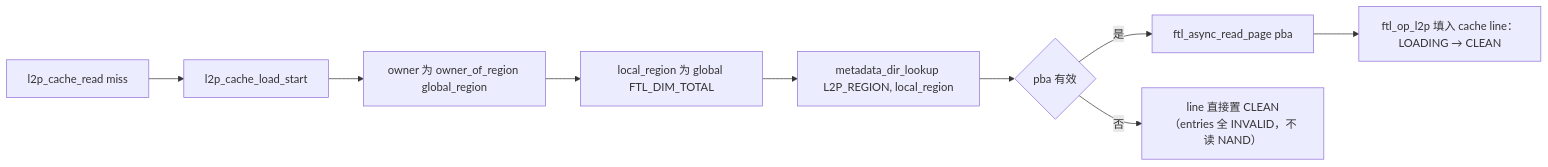
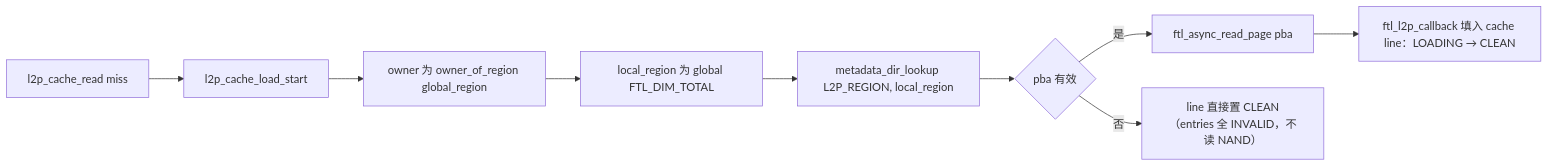
Before and after one commit to YzYMIAO/BASESSD: the tenth of 32 diagrams in docs/design/ftl_design.md, drawn with Mermaid. The commit also changed other lines of this file and 46 other files, not shown here.

First line of the commit message:
refactor(ftl): 异步 job 统一为 handle，完成服务统一为 callback

````diff
--- a/docs/design/ftl_design.md
+++ b/docs/design/ftl_design.md
@@ -1705,11 +1705,11 @@
 ```mermaid
 flowchart LR
     A["l2p_cache_read miss"] --> B["l2p_cache_load_start"]
     B --> C["owner 为 owner_of_region global_region"]
     C --> D["local_region 为 global FTL_DIM_TOTAL"]
     D --> E["metadata_dir_lookup L2P_REGION, local_region"]
     E --> F{"pba 有效"}
     F -- "是" --> G["ftl_async_read_page pba"]
-    G --> I["ftl_op_l2p 填入 cache line：LOADING → CLEAN"]
+    G --> I["ftl_l2p_callback 填入 cache line：LOADING → CLEAN"]
     F -- "否" --> H["line 直接置 CLEAN（entries 全 INVALID，不读 NAND）"]
 ```
````
